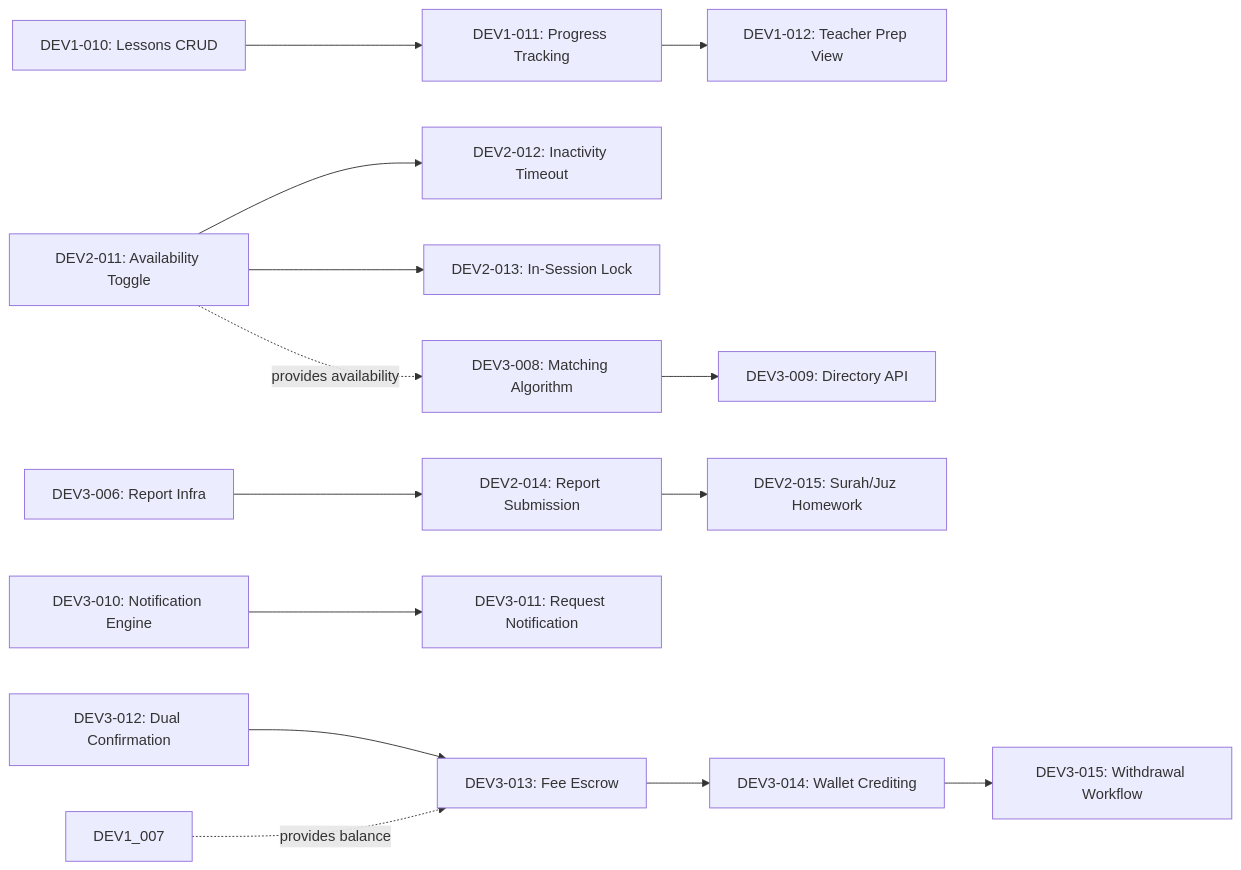
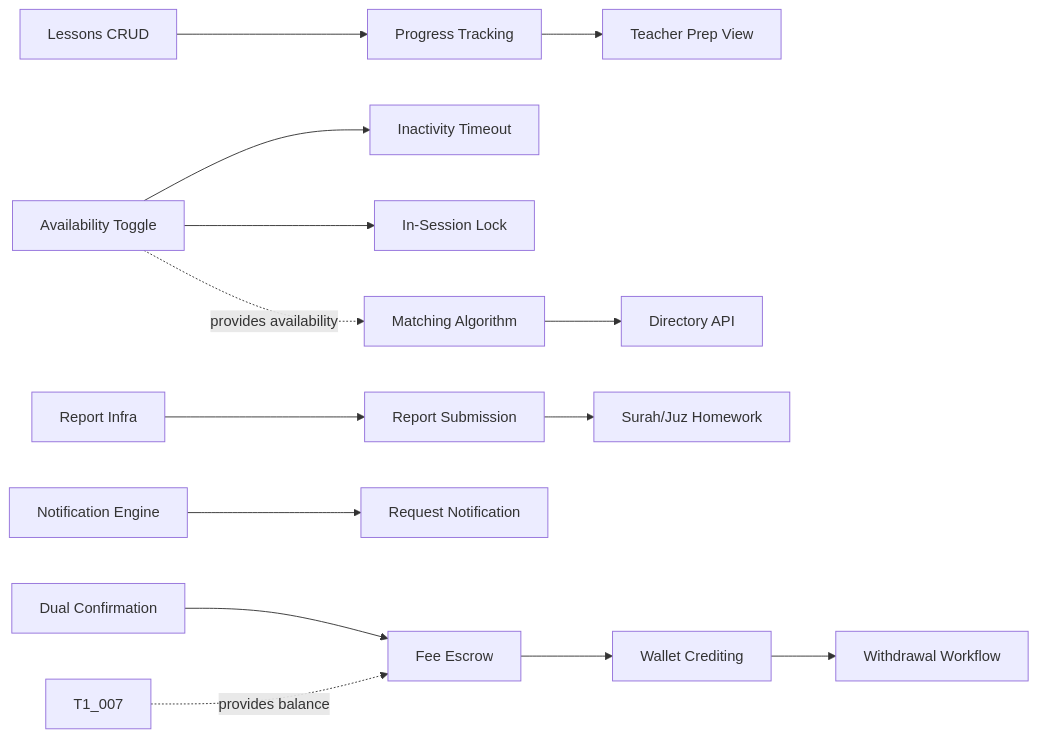
One commit to kottaby/kottaby changed the third of 5 diagrams in docs/planning/SPRINT_PLAN.md. Above: the diagram before and after it, drawn with Mermaid. The commit also changed other lines of this file and 515 other files, not shown here.

````diff
--- a/docs/planning/SPRINT_PLAN.md
+++ b/docs/planning/SPRINT_PLAN.md
@@ -218,19 +218,19 @@
 ```mermaid
 graph LR
-    DEV1_010[DEV1-010: Lessons CRUD] --> DEV1_011[DEV1-011: Progress Tracking]
-    DEV1_011 --> DEV1_012[DEV1-012: Teacher Prep View]
+    T1_010[Lessons CRUD] --> T1_011[Progress Tracking]
+    T1_011 --> T1_012[Teacher Prep View]
 
-    DEV2_011[DEV2-011: Availability Toggle] --> DEV2_012[DEV2-012: Inactivity Timeout]
-    DEV2_011 --> DEV2_013[DEV2-013: In-Session Lock]
-    DEV3_006[DEV3-006: Report Infra] --> DEV2_014[DEV2-014: Report Submission]
-    DEV2_014 --> DEV2_015[DEV2-015: Surah/Juz Homework]
+    T2_011[Availability Toggle] --> T2_012[Inactivity Timeout]
+    T2_011 --> T2_013[In-Session Lock]
+    T3_006[Report Infra] --> T2_014[Report Submission]
+    T2_014 --> T2_015[Surah/Juz Homework]
 
-    DEV3_008[DEV3-008: Matching Algorithm] --> DEV3_009[DEV3-009: Directory API]
-    DEV3_010[DEV3-010: Notification Engine] --> DEV3_011[DEV3-011: Request Notification]
-    DEV3_012[DEV3-012: Dual Confirmation] --> DEV3_013[DEV3-013: Fee Escrow]
-    DEV3_013 --> DEV3_014[DEV3-014: Wallet Crediting]
-    DEV3_014 --> DEV3_015[DEV3-015: Withdrawal Workflow]
+    T3_008[Matching Algorithm] --> T3_009[Directory API]
+    T3_010[Notification Engine] --> T3_011[Request Notification]
+    T3_012[Dual Confirmation] --> T3_013[Fee Escrow]
+    T3_013 --> T3_014[Wallet Crediting]
+    T3_014 --> T3_015[Withdrawal Workflow]
 
-    DEV2_011 -.->|provides availability| DEV3_008
-    DEV1_007 -.->|provides balance| DEV3_013
+    T2_011 -.->|provides availability| T3_008
+    T1_007 -.->|provides balance| T3_013
 ```
````
